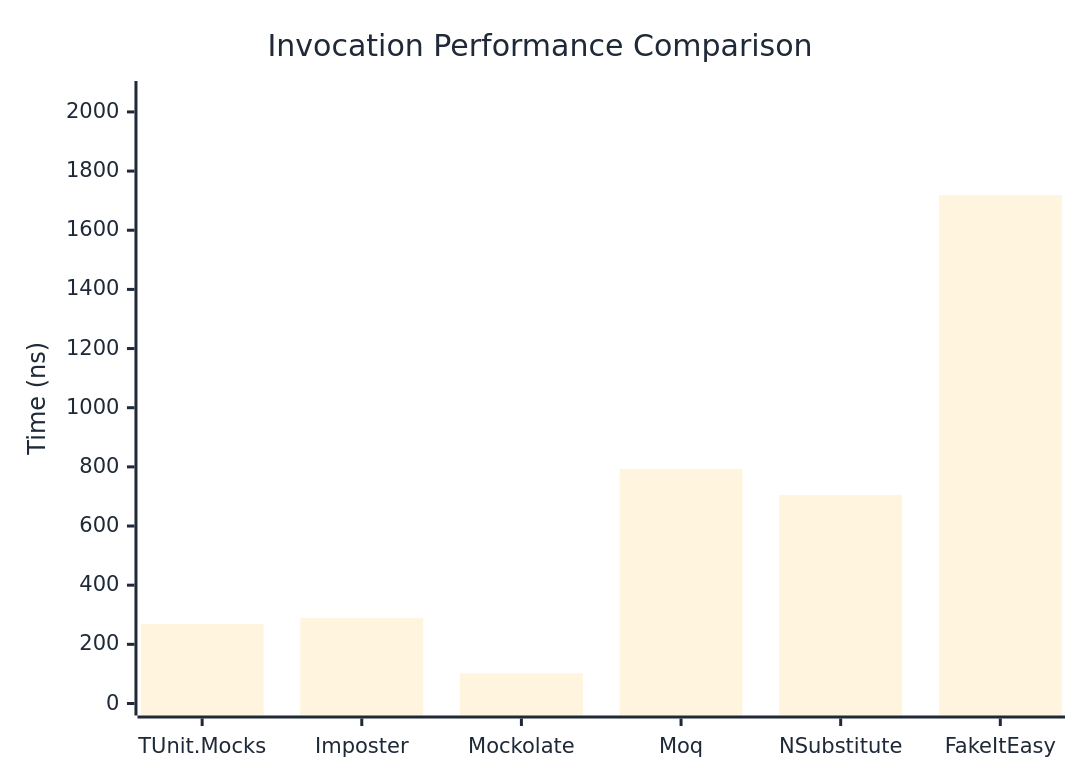
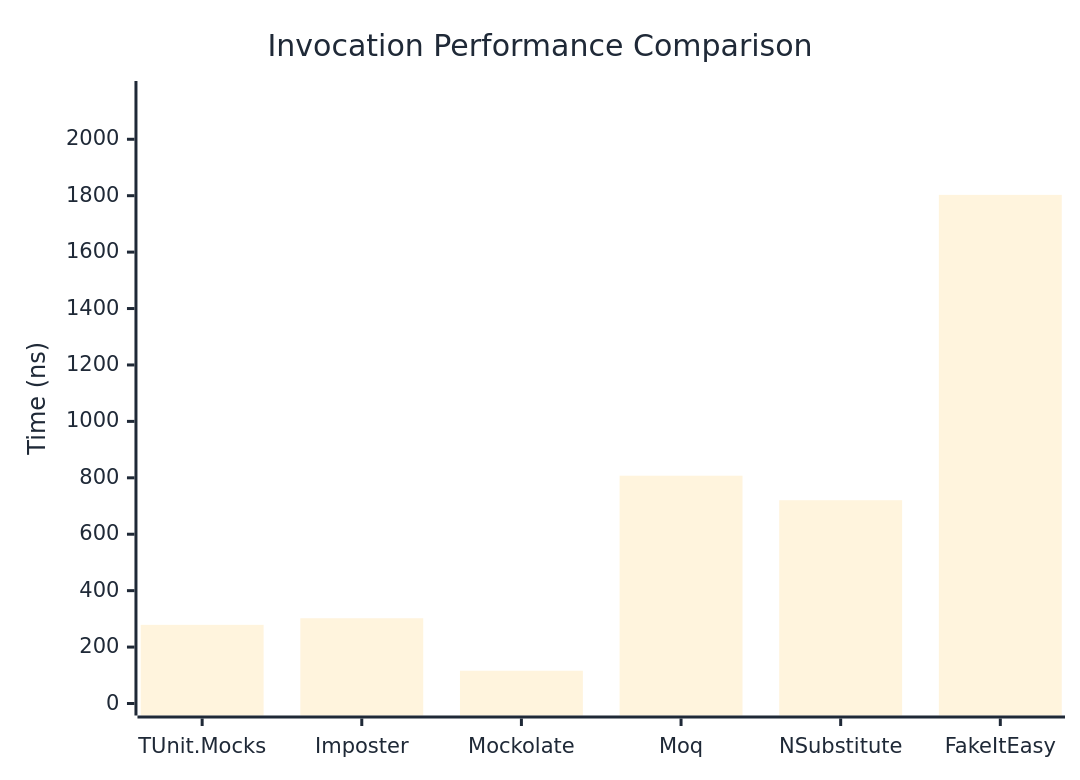
The first of 3 diagrams in docs/docs/benchmarks/mocks/Invocation.md (thomhurst/TUnit), drawn with Mermaid before and after one commit. The commit also changed other lines of this file and 14 other files, not shown here.

````diff
--- a/docs/docs/benchmarks/mocks/Invocation.md
+++ b/docs/docs/benchmarks/mocks/Invocation.md
@@ -30,27 +30,27 @@
 ```mermaid
 %%{init: {
   'theme':'base',
   'themeVariables': {
     'primaryColor': '#2563eb',
     'primaryTextColor': '#1f2937',
     'primaryBorderColor': '#1e40af',
     'lineColor': '#6b7280',
     'secondaryColor': '#7c3aed',
     'tertiaryColor': '#dc2626',
     'background': '#ffffff',
     'pie1': '#2563eb',
     'pie2': '#7c3aed',
     'pie3': '#dc2626',
     'pie4': '#f59e0b',
     'pie5': '#10b981',
     'pie6': '#06b6d4',
     'pie7': '#ec4899',
     'pie8': '#6366f1'
   }
 }}%%
 xychart-beta
   title "Invocation Performance Comparison"
   x-axis ["TUnit.Mocks", "Imposter", "Mockolate", "Moq", "NSubstitute", "FakeItEasy"]
-  y-axis "Time (ns)" 0 --> 2064
-  bar [268.45, 289, 101.83, 793.18, 705.4, 1719.24]
+  y-axis "Time (ns)" 0 --> 2164
+  bar [278.8, 302.2, 116.19, 807.41, 720.58, 1802.93]
 ```
````
